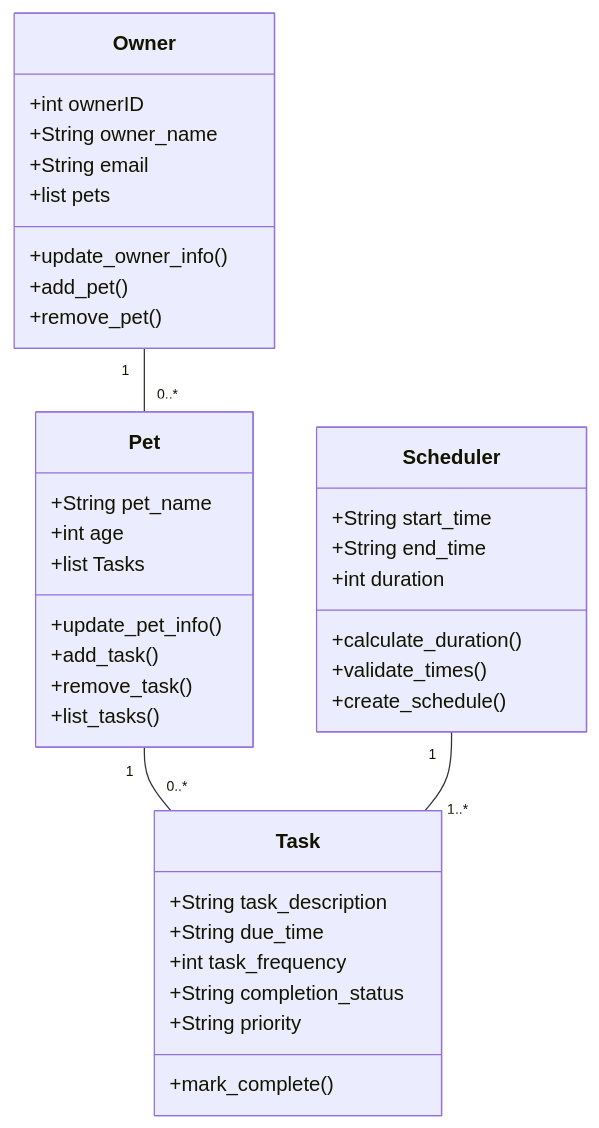
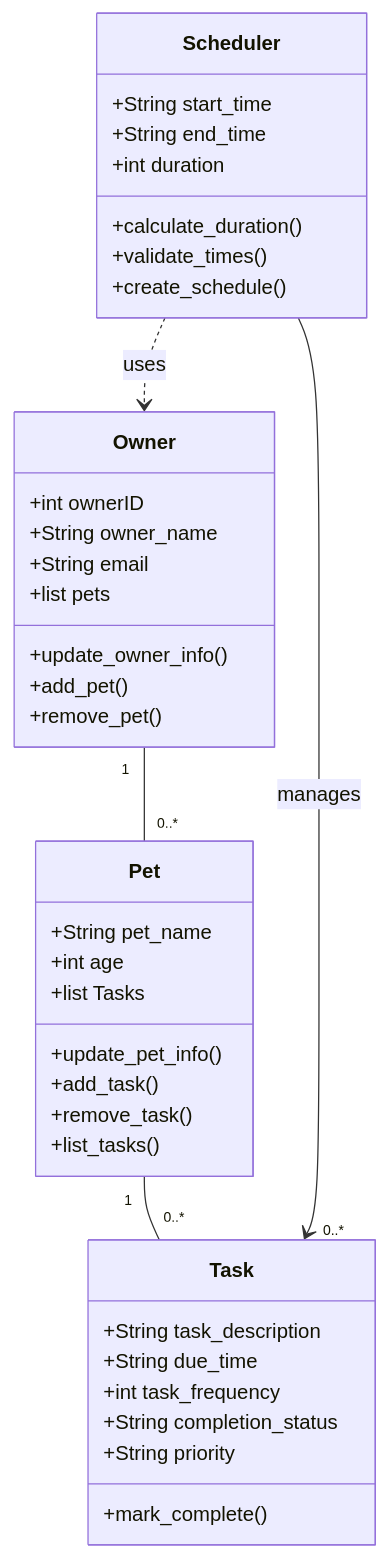
Before and after one commit to shuvashreebasnet/ai110-module2show-pawpal-starter: the diagram in diagrams/uml_draft.mmd, drawn with Mermaid. The commit also changed 2 other files, not shown here.

Commit message:
modified UML diagram relationships and redid skeleton to match UML

```diff
--- a/diagrams/uml_draft.mmd
+++ b/diagrams/uml_draft.mmd
@@ -1,43 +1,44 @@
 classDiagram
     class Owner {
         +int ownerID
         +String owner_name
         +String email
         +list pets
         +update_owner_info()
         +add_pet()
         +remove_pet()
 
     }
 
     class Pet {
         +String pet_name
         +int age
         +list Tasks
         +update_pet_info()
         +add_task()
         +remove_task()
         +list_tasks()
     }
 
     class Task {
         +String task_description
         +String due_time
         +int task_frequency
         +String completion_status
         +String priority
         +mark_complete()
     }
 
     class Scheduler {
         +String start_time
         +String end_time
         +int duration
         +calculate_duration()
         +validate_times()
         +create_schedule()
     }
 
     Owner "1" -- "0..*" Pet
     Pet "1" -- "0..*" Task
-    Scheduler "1" -- "1..*" Task
+    Scheduler --> "0..*" Task : manages
+    Scheduler ..> Owner : uses
```
